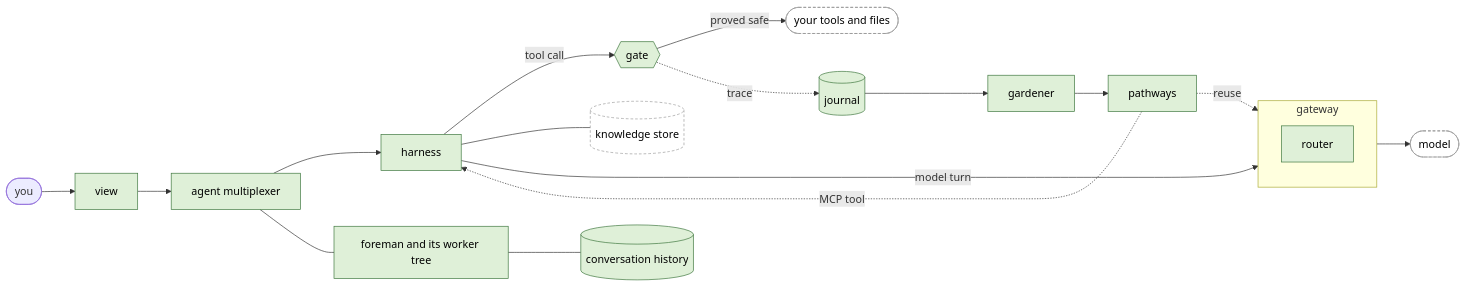
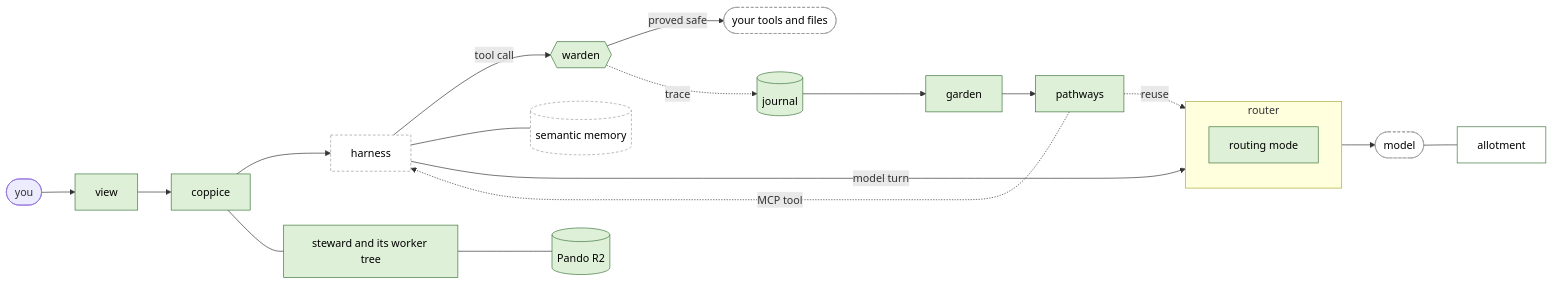
One commit to levitatingflyfisher/openDaisugi changed the diagram in README.md. Above: the diagram before and after it, drawn with Mermaid. The commit also changed other lines of this file and 2570 other files, not shown here.

````diff
--- a/README.md
+++ b/README.md
@@ -29,25 +40,28 @@
 ```mermaid
 flowchart LR
   you([you]) --> view[view]
-  view --> mux[agent multiplexer]
+  view --> mux[coppice]
   mux --> harness[harness]
   harness -->|model turn| gw
-  subgraph gw [gateway]
-    router[router]
+  subgraph gw [router]
+    mode[routing mode]
   end
   gw --> model([model])
-  harness -->|tool call| gate{{gate}}
-  gate -->|proved safe| tools([your tools and files])
-  gate -. trace .-> journal[(journal)]
-  journal --> gardener[gardener]
-  gardener --> pathways[pathways]
+  model --- allot[allotment]
+  harness -->|tool call| warden{{warden}}
+  warden -->|proved safe| tools([your tools and files])
+  warden -. trace .-> journal[(journal)]
+  journal --> garden[garden]
+  garden --> pathways[pathways]
   pathways -. MCP tool .-> harness
   pathways -. reuse .-> gw
-  mux --- foreman[foreman and its worker tree]
-  foreman --- convmem[(conversation history)]
-  harness --- knowmem[(knowledge store)]
+  mux --- steward[steward and its worker tree]
+  steward --- convmem[(Pando R2)]
+  harness --- knowmem[(semantic memory)]
   classDef ours fill:#dff0d8,stroke:#3c763d,color:#000
+  classDef soon fill:#fff,stroke:#3c763d,color:#000
   classDef byo fill:#fff,stroke:#999,stroke-dasharray:4 3,color:#000
-  class view,mux,harness,gate,router,journal,gardener,pathways,foreman,convmem ours
-  class knowmem,model,tools byo
+  class view,mux,warden,mode,journal,garden,pathways,steward,convmem ours
+  class allot soon
+  class harness,knowmem,model,tools byo
 ```
````
